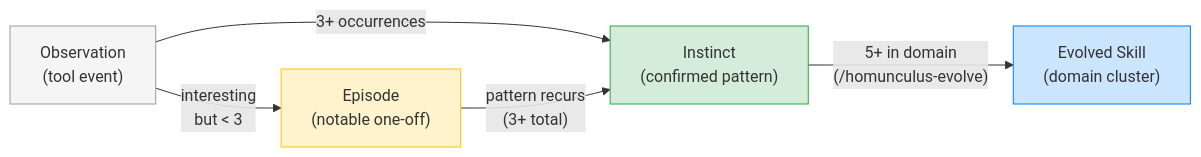
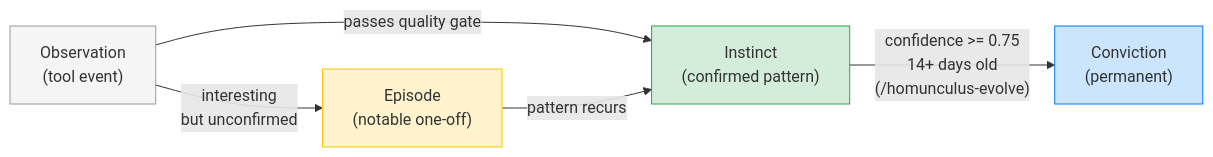
One commit to paulmonk/dotfiles changed the second of 2 diagrams in claude/HOMUNCULUS.md. Above: the diagram before and after it, drawn with Mermaid. The commit also changed other lines of this file and 86 other files, not shown here.

````diff
--- a/claude/HOMUNCULUS.md
+++ b/claude/HOMUNCULUS.md
@@ -66,17 +72,17 @@
 ```mermaid
 flowchart LR
     obs["Observation\n(tool event)"]
     ep["Episode\n(notable one-off)"]
     inst["Instinct\n(confirmed pattern)"]
-    skill["Evolved Skill\n(domain cluster)"]
+    rule["Conviction\n(permanent)"]
 
-    obs -->|"3+ occurrences"| inst
-    obs -->|"interesting\nbut < 3"| ep
-    ep -->|"pattern recurs\n(3+ total)"| inst
-    inst -->|"5+ in domain\n(/homunculus-evolve)"| skill
+    obs -->|"passes quality gate"| inst
+    obs -->|"interesting\nbut unconfirmed"| ep
+    ep -->|"pattern recurs"| inst
+    inst -->|"confidence >= 0.75\n14+ days old\n(/homunculus-evolve)"| rule
 
     style obs fill:#f5f5f5,stroke:#999
     style ep fill:#fff3cd,stroke:#ffc107
     style inst fill:#d4edda,stroke:#28a745
-    style skill fill:#cce5ff,stroke:#007bff
+    style rule fill:#cce5ff,stroke:#007bff
 ```
````
